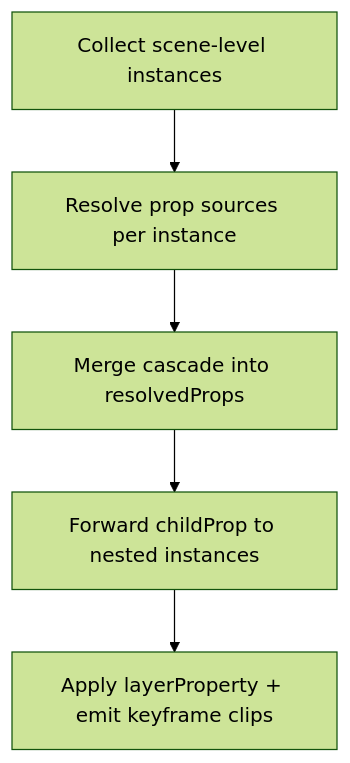
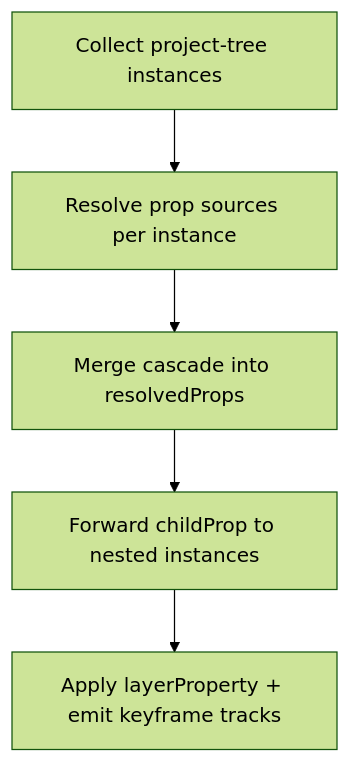
One commit to mankhb2k/neonix-native changed the third of 3 diagrams in docs/guide/v1-component-guide.md. Above: the diagram before and after it, drawn with Mermaid (forest theme). The commit also changed other lines of this file and 59 other files, not shown here.

````diff
--- a/docs/guide/v1-component-guide.md
+++ b/docs/guide/v1-component-guide.md
@@ -369,9 +369,9 @@
 ```mermaid
 flowchart TD
-  collect[Collect scene-level instances]
+  collect[Collect project-tree instances]
   sources[Resolve prop sources per instance]
   merge[Merge cascade into resolvedProps]
   forward[Forward childProp to nested instances]
-  apply[Apply layerProperty + emit keyframe clips]
+  apply[Apply layerProperty + emit keyframe tracks]
   collect --> sources --> merge --> forward --> apply
 ```
````
